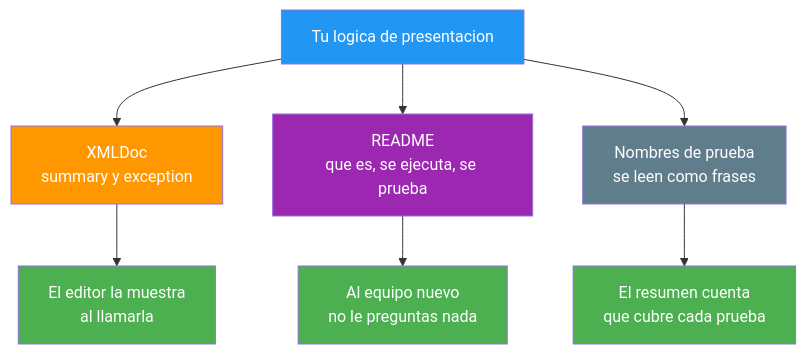
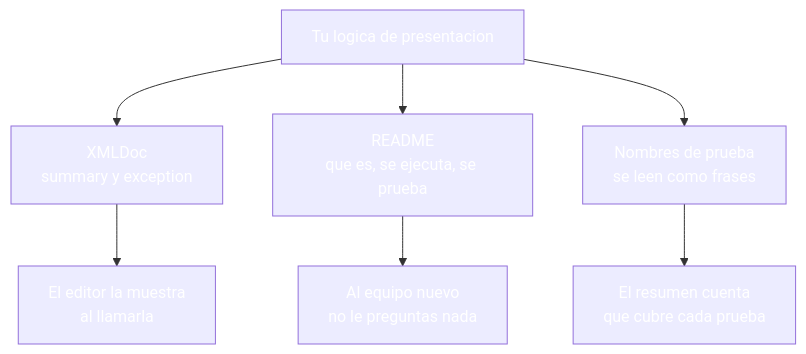
One commit to joseluisgs/DesarrolloWebEntornosServidor-03-2026-2027 changed the fourth of 5 diagrams in 24-testing-documentacion.md. Above: the diagram before and after it, drawn with Mermaid. The commit also changed other lines of this file and 30 other files, not shown here.

````diff
--- a/24-testing-documentacion.md
+++ b/24-testing-documentacion.md
@@ -350,16 +350,16 @@
 ```mermaid
 graph TD
     X["Tu logica de presentacion"] --> D["XMLDoc<br/>summary y exception"]
     X --> R["README<br/>que es, se ejecuta, se prueba"]
     X --> N["Nombres de prueba<br/>se leen como frases"]
     D --> E["El editor la muestra<br/>al llamarla"]
     R --> Q["Al equipo nuevo<br/>no le preguntas nada"]
     N --> P["El resumen cuenta<br/>que cubre cada prueba"]
-    style X fill:#2196F3,color:#fff
-    style D fill:#FF9800,color:#fff
-    style R fill:#9C27B0,color:#fff
-    style N fill:#607D8B,color:#fff
-    style E fill:#4CAF50,color:#fff
-    style Q fill:#4CAF50,color:#fff
-    style P fill:#4CAF50,color:#fff
+    style X fill:#2196F,color:#fff3,color:#fff
+    style D fill:#FF980,color:#fff0,color:#fff
+    style R fill:#9C27B,color:#fff0,color:#fff
+    style N fill:#607D8,color:#fffB,color:#fff
+    style E fill:#4CAF5,color:#fff0,color:#fff
+    style Q fill:#4CAF5,color:#fff0,color:#fff
+    style P fill:#4CAF5,color:#fff0,color:#fff
 ```
````
